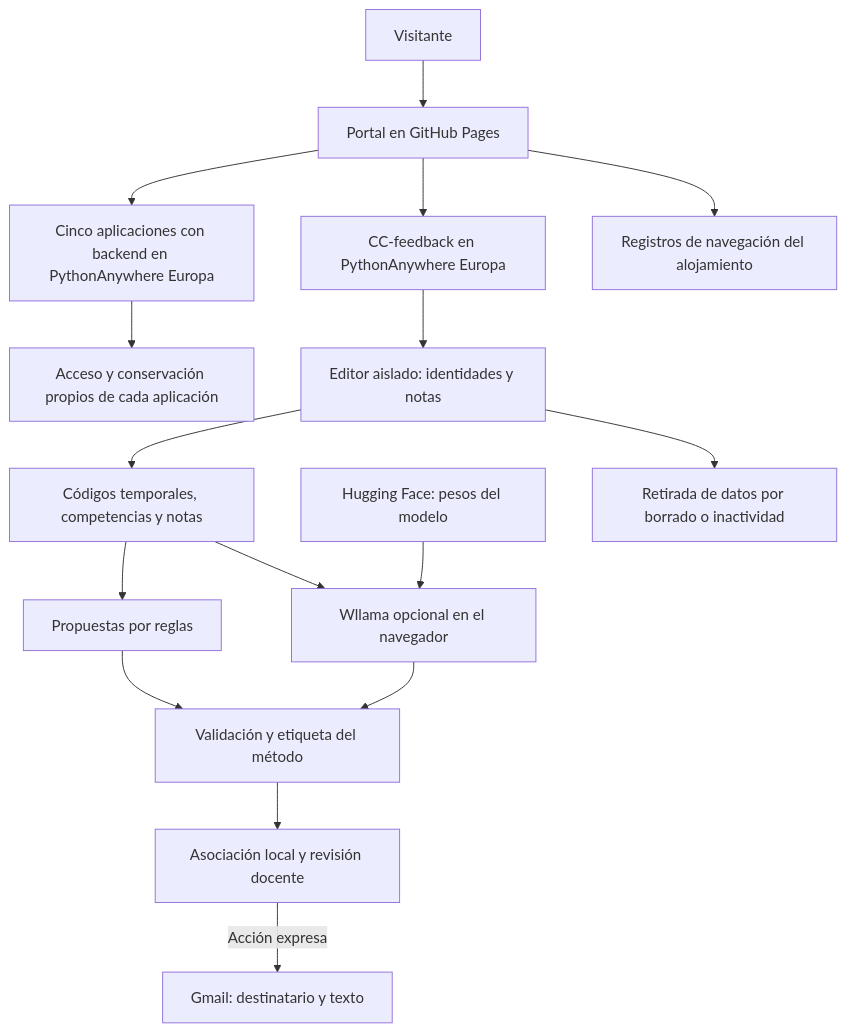
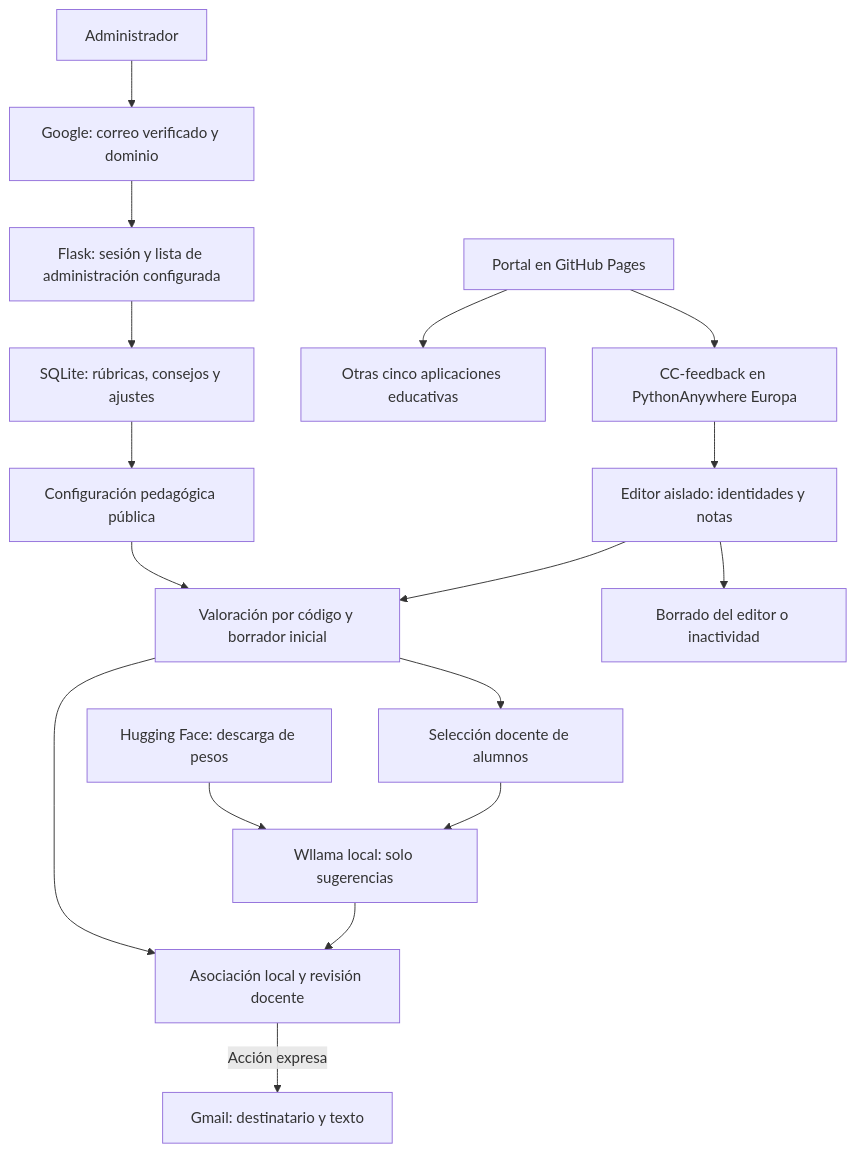
One commit to anderfrago/herramientas-educativas-cuatrovientos changed the diagram in README.md. Above: the diagram before and after it, drawn with Mermaid. The commit also changed other lines of this file and 2 other files, not shown here.

Commit message:
rubric management in cc-feedback

````diff
--- a/README.md
+++ b/README.md
@@ -17,18 +21,19 @@
 ```mermaid
 flowchart TD
-    U[Visitante] --> P[Portal en GitHub Pages]
-    P --> A[Cinco aplicaciones con backend en PythonAnywhere Europa]
-    A --> B[Acceso y conservación propios de cada aplicación]
-    P --> C[CC-feedback en PythonAnywhere Europa]
+    P[Portal en GitHub Pages] --> C[CC-feedback en PythonAnywhere Europa]
+    P --> O[Otras cinco aplicaciones educativas]
+    A[Administrador] --> G[Google: correo verificado y dominio]
+    G --> F[Flask: sesión y lista de administración configurada]
+    F --> DB[SQLite: rúbricas, consejos y ajustes]
+    DB --> R[Configuración pedagógica pública]
     C --> E[Editor aislado: identidades y notas]
-    E --> N[Códigos temporales, competencias y notas]
-    N --> R[Propuestas por reglas]
-    N --> W[Wllama opcional en el navegador]
-    H[Hugging Face: pesos del modelo] --> W
-    W --> V[Validación y etiqueta del método]
+    E --> V[Valoración por código y borrador inicial]
     R --> V
-    V --> D[Asociación local y revisión docente]
-    D -->|Acción expresa| G[Gmail: destinatario y texto]
-    E --> X[Retirada de datos por borrado o inactividad]
-    P --> L[Registros de navegación del alojamiento]
+    V --> S[Selección docente de alumnos]
+    S --> W[Wllama local: solo sugerencias]
+    H[Hugging Face: descarga de pesos] --> W
+    W --> D[Asociación local y revisión docente]
+    V --> D
+    D -->|Acción expresa| M[Gmail: destinatario y texto]
+    E --> X[Borrado del editor o inactividad]
 ```
````
